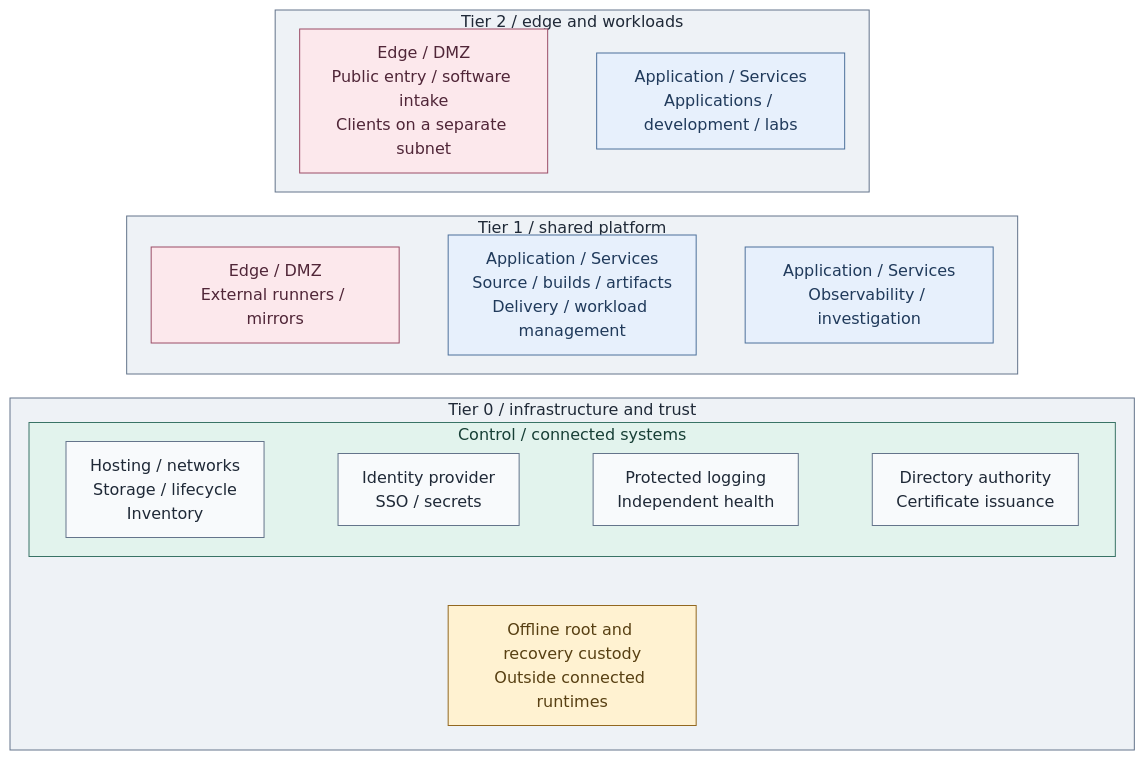
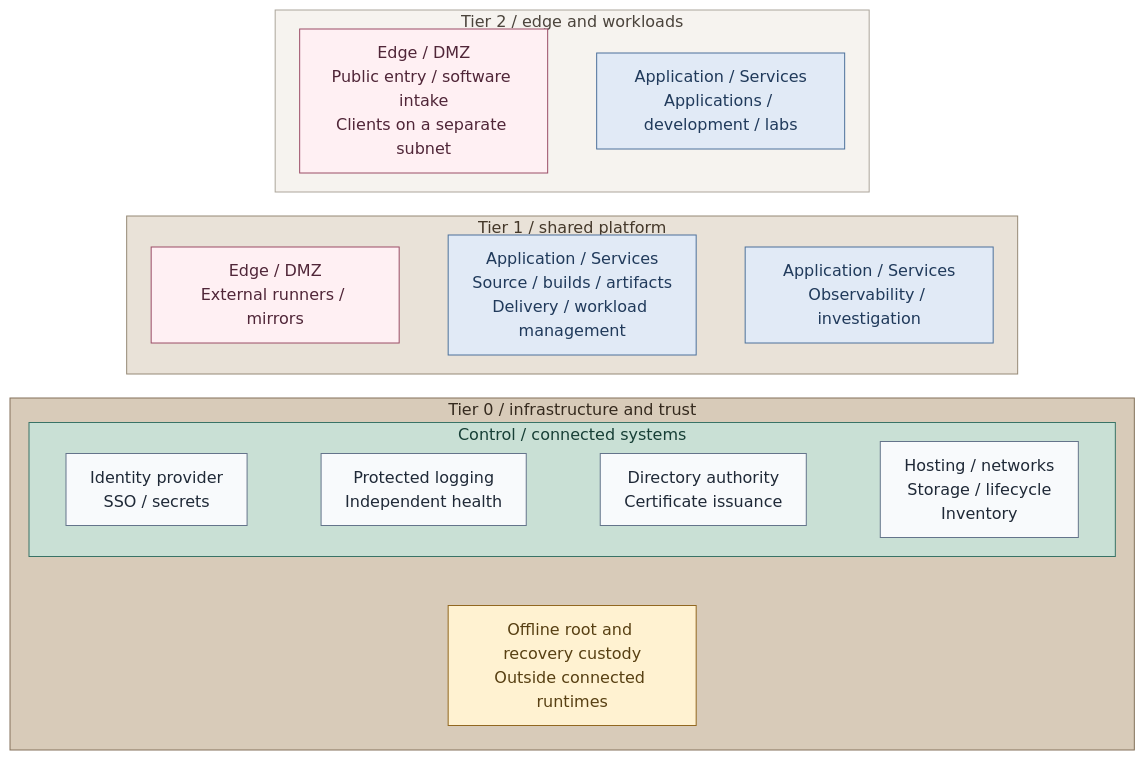
Before and after one commit to Rexus/homelab: the diagram in docs/01-architecture/README.md, drawn with Mermaid. The commit also changed 108 other files, not shown here.

Commit message:
docs(diagrams): unify visual language and opening views

````diff
--- a/docs/01-architecture/README.md
+++ b/docs/01-architecture/README.md
@@ -9,42 +9,50 @@
 ```mermaid
 %%{init: {"theme":"base","flowchart":{"nodeSpacing":18,"rankSpacing":24,"padding":12},"themeVariables":{"lineColor":"#627581","edgeLabelBackground":"#f8fafc"}}}%%
 flowchart TB
   subgraph T2["Tier 2 / edge and workloads"]
     direction LR
     Edge["Edge / DMZ<br/>Public entry / software intake<br/>Clients on a separate subnet"]
     Workloads["Application / Services<br/>Applications / development / labs"]
     Edge ~~~ Workloads
   end
   subgraph T1["Tier 1 / shared platform"]
     direction LR
     Publication["Edge / DMZ<br/>External runners / mirrors"]
     Delivery["Application / Services<br/>Source / builds / artifacts<br/>Delivery / workload management"]
     Analytics["Application / Services<br/>Observability / investigation"]
     Publication ~~~ Delivery ~~~ Analytics
   end
   subgraph T0["Tier 0 / infrastructure and trust"]
     direction TB
     subgraph Control["Control / connected systems"]
       direction LR
       Infrastructure["Hosting / networks<br/>Storage / lifecycle<br/>Inventory"]
       Consumers["Identity provider<br/>SSO / secrets"]
       Evidence["Protected logging<br/>Independent health"]
       Authority["Directory authority<br/>Certificate issuance"]
-      Infrastructure ~~~ Consumers ~~~ Evidence ~~~ Authority
+      Consumers ~~~ Evidence ~~~ Authority ~~~ Infrastructure
     end
     Offline["Offline root and recovery custody<br/>Outside connected runtimes"]
     Control ~~~ Offline
   end
   T2 ~~~ T1 ~~~ T0
   classDef default fill:#f8fafc,stroke:#64748b,color:#1f2937
   classDef boundary fill:#eef2f6,stroke:#64748b,color:#1f2937
   classDef edge fill:#fce8ec,stroke:#9b4d67,color:#502638
   classDef services fill:#e7f0fc,stroke:#4d719b,color:#203a5b
   classDef control fill:#e2f3ed,stroke:#397366,color:#173f36
   classDef custody fill:#fff2d1,stroke:#926820,color:#584013
-  class T2,T1,T0 boundary
-  class Edge,Publication edge
-  class Workloads,Delivery,Analytics services
-  class Control control
   class Offline custody
+  classDef tier0 fill:#d8cbb9,stroke:#83715a,color:#352a1e
+  class T0 tier0
+  classDef tier1 fill:#e9e2d8,stroke:#968976,color:#44382a
+  class T1 tier1
+  classDef tier2 fill:#f6f3ef,stroke:#aca59b,color:#4b443c
+  class T2 tier2
+  classDef zoneEdge fill:#fff0f3,stroke:#9b4d67,color:#502638
+  class Edge,Publication zoneEdge
+  classDef zoneServices fill:#e1eaf6,stroke:#4d719b,color:#203a5b
+  class Workloads,Delivery,Analytics zoneServices
+  classDef zoneControl fill:#c9e0d5,stroke:#397366,color:#173f36
+  class Control zoneControl
 ```
````
